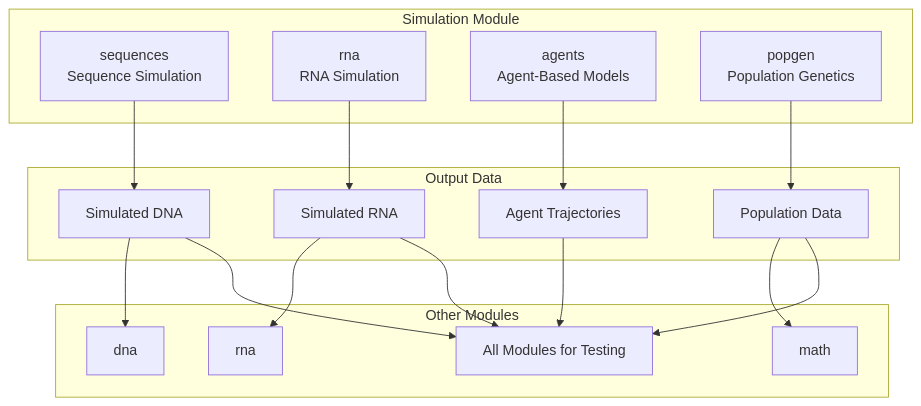
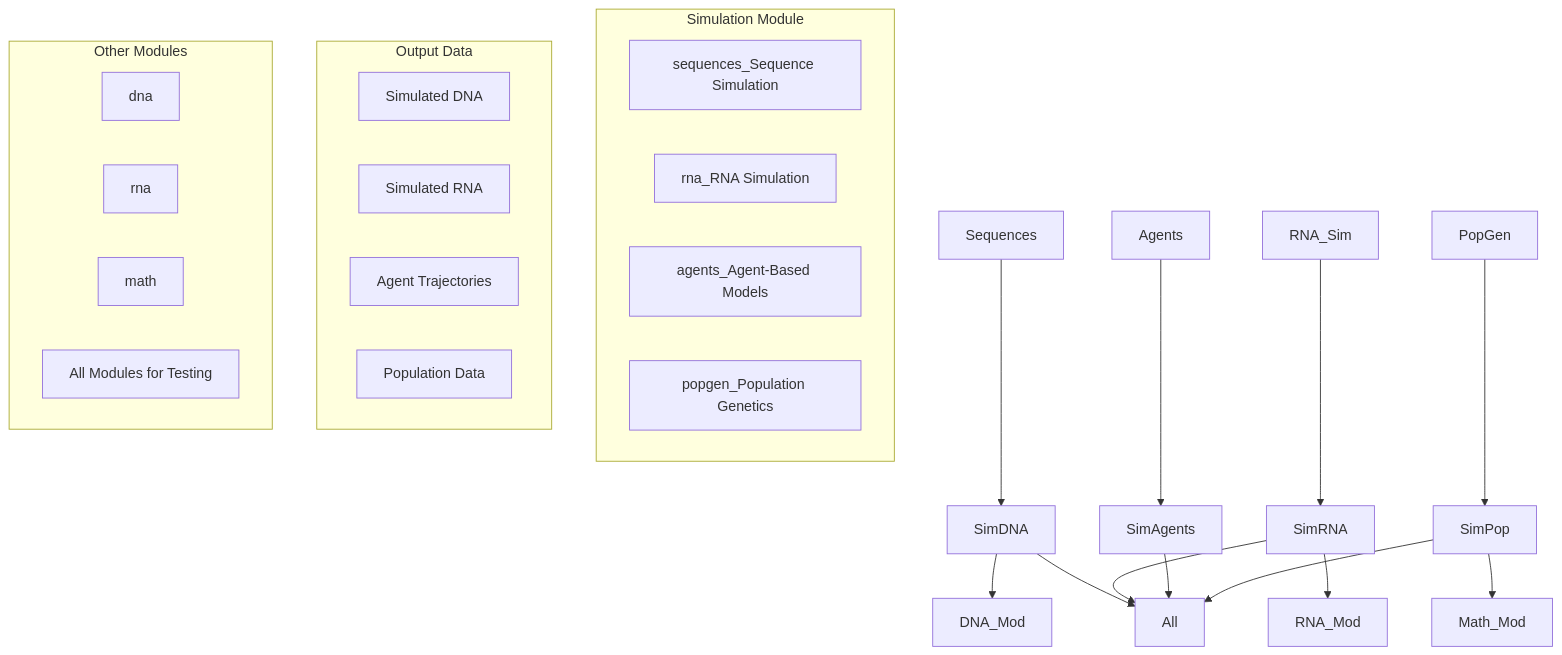
One commit to docxology/MetaInformAnt changed the first of 6 diagrams in src/metainformant/simulation/README.md. Above: the diagram before and after it, drawn with Mermaid. The commit also changed other lines of this file and 611 other files, not shown here.

````diff
--- a/src/metainformant/simulation/README.md
+++ b/src/metainformant/simulation/README.md
@@ -15,35 +15,35 @@
 ```mermaid
 graph TB
     subgraph "Simulation Module"
-        Sequences[sequences<br/>Sequence Simulation]
-        RNA_Sim[rna<br/>RNA Simulation]
-        Agents[agents<br/>Agent-Based Models]
-        PopGen[popgen<br/>Population Genetics]
+        SequencessequencesSequenceSimulation[sequences_Sequence Simulation]
+        rnaRnaSimulationrnaRnaSimulation[rna_RNA Simulation]
+        AgentsagentsAgent-basedModels[agents_Agent-Based Models]
+        PopGenpopgenPopulationGenetics[popgen_Population Genetics]
     end
     
     subgraph "Output Data"
-        SimDNA[Simulated DNA]
-        SimRNA[Simulated RNA]
-        SimAgents[Agent Trajectories]
-        SimPop[Population Data]
+        SimDNAsimulatedDna[Simulated DNA]
+        SimRNAsimulatedRna[Simulated RNA]
+        SimAgentsagentTrajectories[Agent Trajectories]
+        SimPoppopulationData[Population Data]
     end
     
     subgraph "Other Modules"
-        DNA_Mod[dna]
-        RNA_Mod[rna]
-        Math_Mod[math]
-        All[All Modules for Testing]
+        dna[dna]
+        rna[rna]
+        math[math]
+        AllallModulesForTesting[All Modules for Testing]
     end
     
     Sequences --> SimDNA
     RNA_Sim --> SimRNA
     Agents --> SimAgents
     PopGen --> SimPop
     SimDNA --> DNA_Mod
     SimRNA --> RNA_Mod
     SimPop --> Math_Mod
     SimDNA --> All
     SimRNA --> All
     SimAgents --> All
     SimPop --> All
 ```
````
